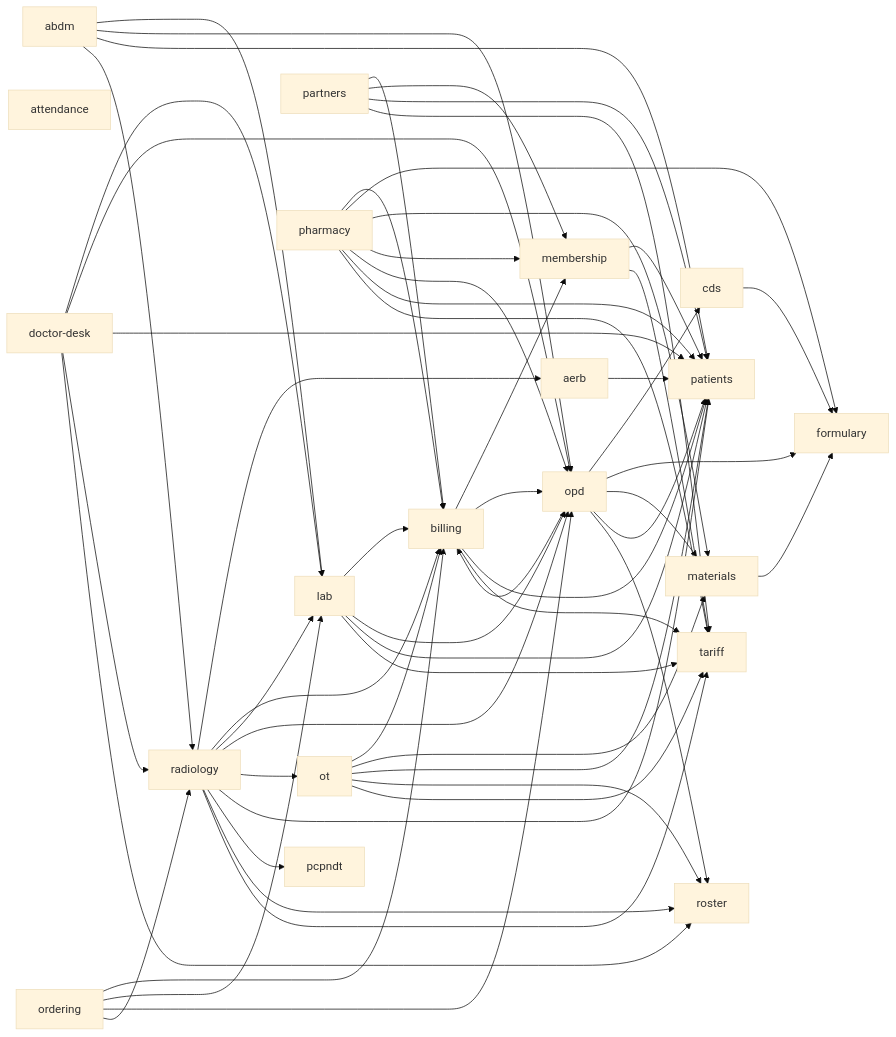
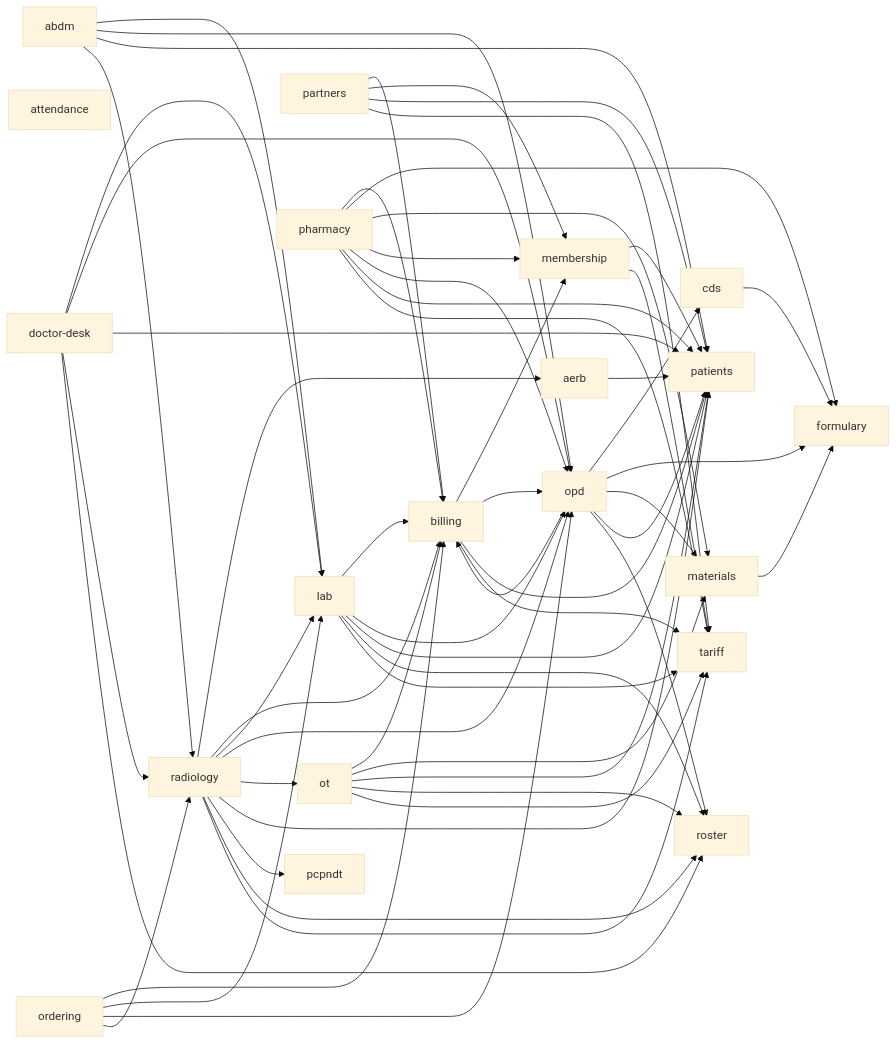
The second of 2 diagrams in docs/architecture/README.md (ankits3a/hims-hmis), drawn with Mermaid (base theme) before and after one commit. The commit also changed other lines of this file and 34 other files, not shown here.

````diff
--- a/docs/architecture/README.md
+++ b/docs/architecture/README.md
@@ -31,80 +31,81 @@
 ```mermaid
 flowchart LR
   abdm[abdm]
   aerb[aerb]
   attendance[attendance]
   billing[billing]
   cds[cds]
   doctor_desk[doctor-desk]
   formulary[formulary]
   lab[lab]
   materials[materials]
   membership[membership]
   opd[opd]
   ordering[ordering]
   ot[ot]
   partners[partners]
   patients[patients]
   pcpndt[pcpndt]
   pharmacy[pharmacy]
   radiology[radiology]
   roster[roster]
   tariff[tariff]
   abdm --> lab
   abdm --> opd
   abdm --> patients
   abdm --> radiology
   aerb --> patients
   billing --> membership
   billing --> opd
   billing --> patients
   billing --> tariff
   cds --> formulary
   doctor_desk --> lab
   doctor_desk --> opd
   doctor_desk --> patients
   doctor_desk --> radiology
   doctor_desk --> roster
   lab --> billing
   lab --> opd
   lab --> patients
+  lab --> roster
   lab --> tariff
   materials --> formulary
   membership --> patients
   membership --> tariff
   opd --> billing
   opd --> cds
   opd --> formulary
   opd --> materials
   opd --> patients
   opd --> roster
   ordering --> billing
   ordering --> lab
   ordering --> opd
   ordering --> radiology
   ot --> billing
   ot --> materials
   ot --> patients
   ot --> roster
   ot --> tariff
   partners --> billing
   partners --> membership
   partners --> patients
   partners --> tariff
   pharmacy --> billing
   pharmacy --> formulary
   pharmacy --> materials
   pharmacy --> membership
   pharmacy --> opd
   pharmacy --> patients
   pharmacy --> tariff
   radiology --> aerb
   radiology --> billing
   radiology --> lab
   radiology --> opd
   radiology --> ot
   radiology --> patients
   radiology --> pcpndt
   radiology --> roster
   radiology --> tariff
 ```
````
